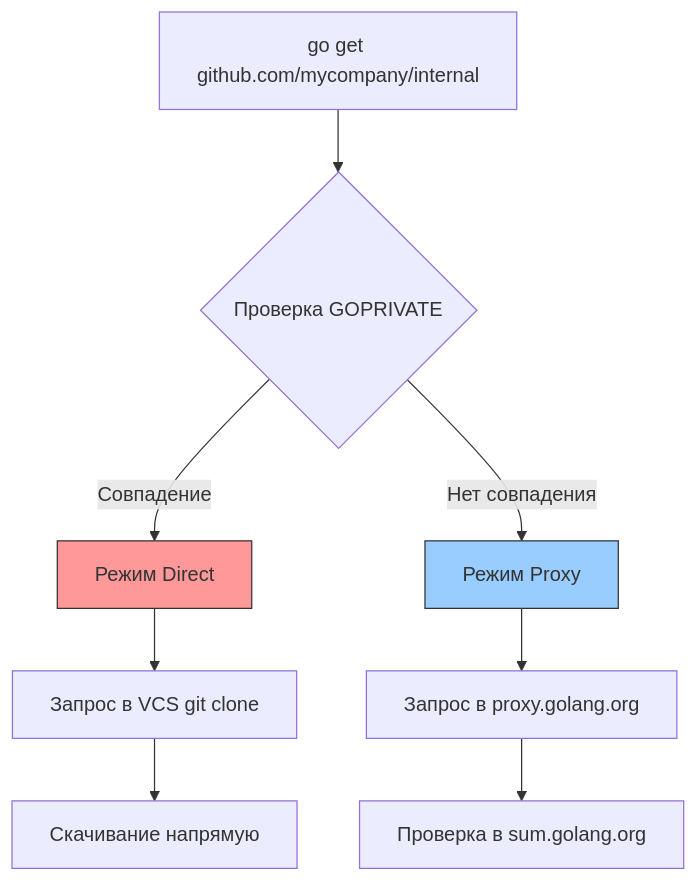
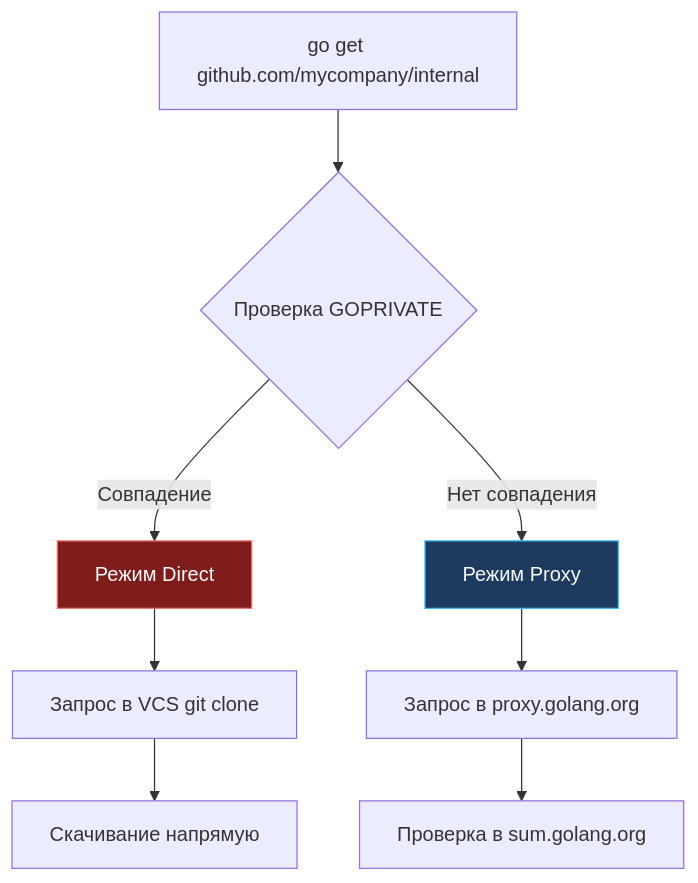
Before and after one commit to UnrealTemplier/go-textbook: the diagram in sources/8. Инфраструктура языка, Тулинг и CI_CD/15. Private modules и proxy.md, drawn with Mermaid. The commit also changed 310 other files, not shown here.

First line of the commit message:
fix(mermaid): replace light fill colors with dark palette for readability on dark theme

````diff
--- a/sources/8. Инфраструктура языка, Тулинг и CI_CD/15. Private modules и proxy.md
+++ b/sources/8. Инфраструктура языка, Тулинг и CI_CD/15. Private modules и proxy.md
@@ -23,15 +23,15 @@
 ```mermaid
 flowchart TD
     A["go get github.com/mycompany/internal"] --> B{"Проверка GOPRIVATE"}
     
     B -- "Совпадение" --> C["Режим Direct"]
     C --> D["Запрос в VCS git clone"]
     D --> E["Скачивание напрямую"]
     
     B -- "Нет совпадения" --> F["Режим Proxy"]
     F --> G["Запрос в proxy.golang.org"]
     G --> H["Проверка в sum.golang.org"]
     
-    style C fill:#ff9999,stroke:#333
-    style F fill:#99ccff,stroke:#333
+    style C fill:#7f1d1d,stroke:#f87171,color:#f8fafc
+    style F fill:#1e3a5f,stroke:#38bdf8,color:#f8fafc
 ```
````
